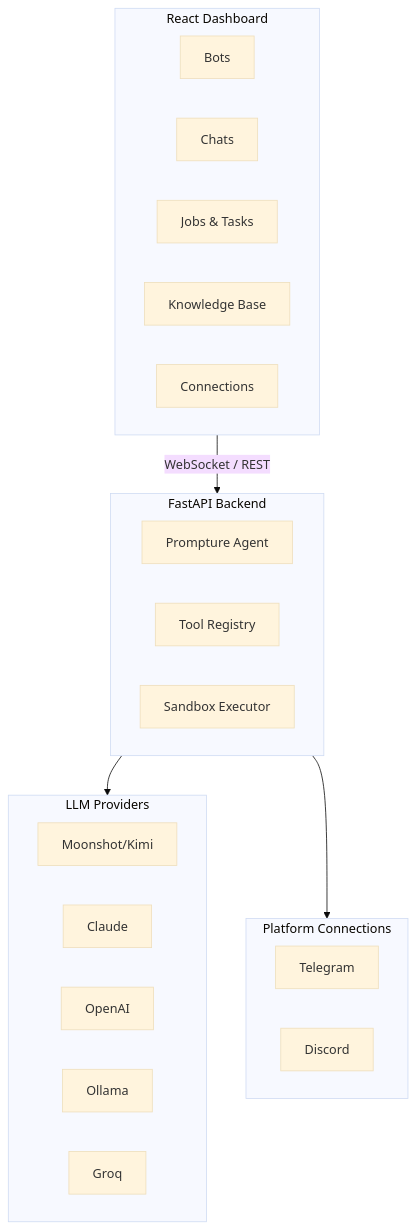
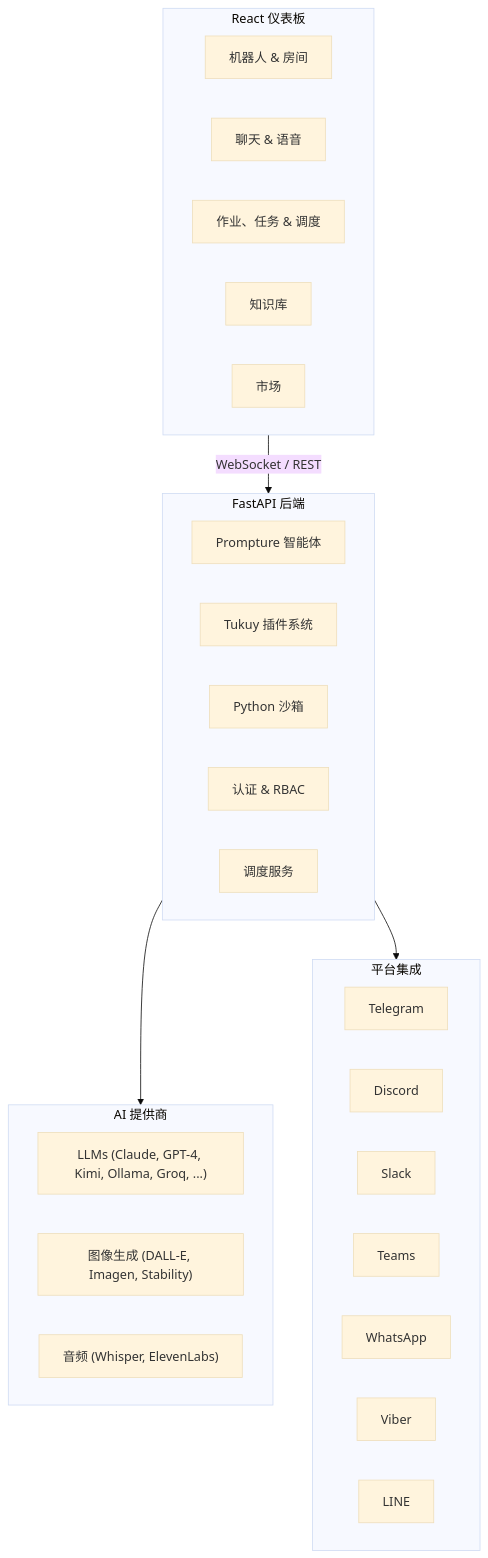
Before and after one commit to jhd3197/CachiBot: the diagram in docs/README.zh-CN.md, drawn with Mermaid (base theme). The commit also changed other lines of this file and 4 other files, not shown here.

````diff
--- a/docs/README.zh-CN.md
+++ b/docs/README.zh-CN.md
@@ -117,33 +163,38 @@
 ```mermaid
 graph TB
-    subgraph Frontend["React Dashboard"]
-        Bots[Bots]
-        Chats[Chats]
-        Jobs[Jobs & Tasks]
-        KB[Knowledge Base]
-        Conn[Connections]
+    subgraph Frontend["React 仪表板"]
+        Bots[机器人 & 房间]
+        Chats[聊天 & 语音]
+        Work[作业、任务 & 调度]
+        KB[知识库]
+        Market[市场]
     end
 
-    subgraph Backend["FastAPI Backend"]
-        Agent["Prompture Agent"]
-        Tools["Tool Registry"]
-        Sandbox["Sandbox Executor"]
+    subgraph Backend["FastAPI 后端"]
+        Agent["Prompture 智能体"]
+        Plugins["Tukuy 插件系统"]
+        Sandbox["Python 沙箱"]
+        Auth["认证 & RBAC"]
+        Scheduler["调度服务"]
     end
 
-    subgraph Providers["LLM Providers"]
-        Moonshot[Moonshot/Kimi]
-        Claude[Claude]
-        OpenAI[OpenAI]
-        Ollama[Ollama]
-        Groq[Groq]
+    subgraph Providers["AI 提供商"]
+        LLM["LLMs (Claude, GPT-4, Kimi, Ollama, Groq, ...)"]
+        ImgGen["图像生成 (DALL-E, Imagen, Stability)"]
+        Audio["音频 (Whisper, ElevenLabs)"]
     end
 
-    subgraph Platforms["Platform Connections"]
-        Telegram[Telegram]
-        Discord[Discord]
+    subgraph Platforms["平台集成"]
+        TG[Telegram]
+        DC[Discord]
+        SL[Slack]
+        TM[Teams]
+        WA[WhatsApp]
+        VB[Viber]
+        LN[LINE]
     end
 
     Frontend -- "WebSocket / REST" --> Backend
     Backend --> Providers
     Backend --> Platforms
 ```
````
